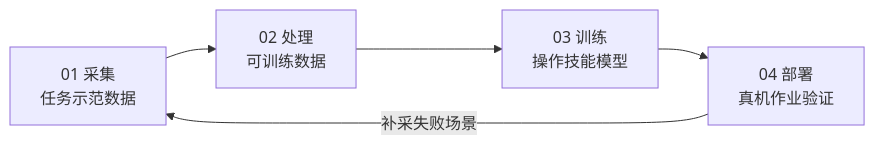
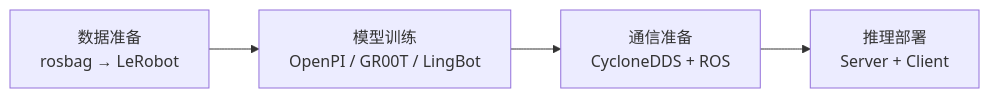
Before and after one commit to Peace1997/bfm-toolchain: the diagram in docs/training/intro.mdx, drawn with Mermaid. The commit also changed other lines of this file and 18 other files, not shown here.

````diff
--- a/docs/training/intro.mdx
+++ b/docs/training/intro.mdx
@@ -21,7 +30,6 @@
 ```mermaid
 flowchart LR
-    A["01 采集<br/>任务示范数据"] --> B["02 处理<br/>可训练数据"]
-    B --> C["03 训练<br/>操作技能模型"]
-    C --> D["04 部署<br/>真机作业验证"]
-    D -->|"补采失败场景"| A
+    A["数据准备<br/>rosbag → LeRobot"] --> B["模型训练<br/>OpenPI / GR00T / LingBot"]
+    B --> C["通信准备<br/>CycloneDDS + ROS"]
+    C --> D["推理部署<br/>Server + Client"]
 ```
````
